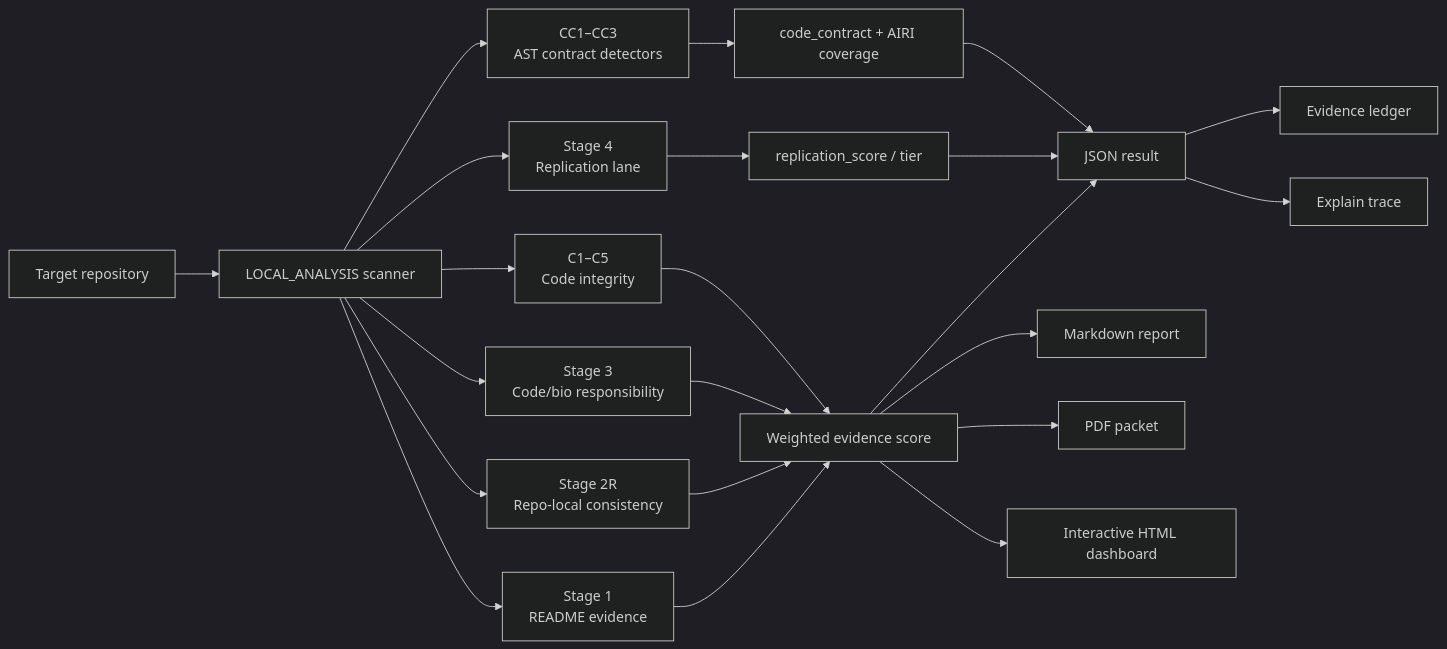
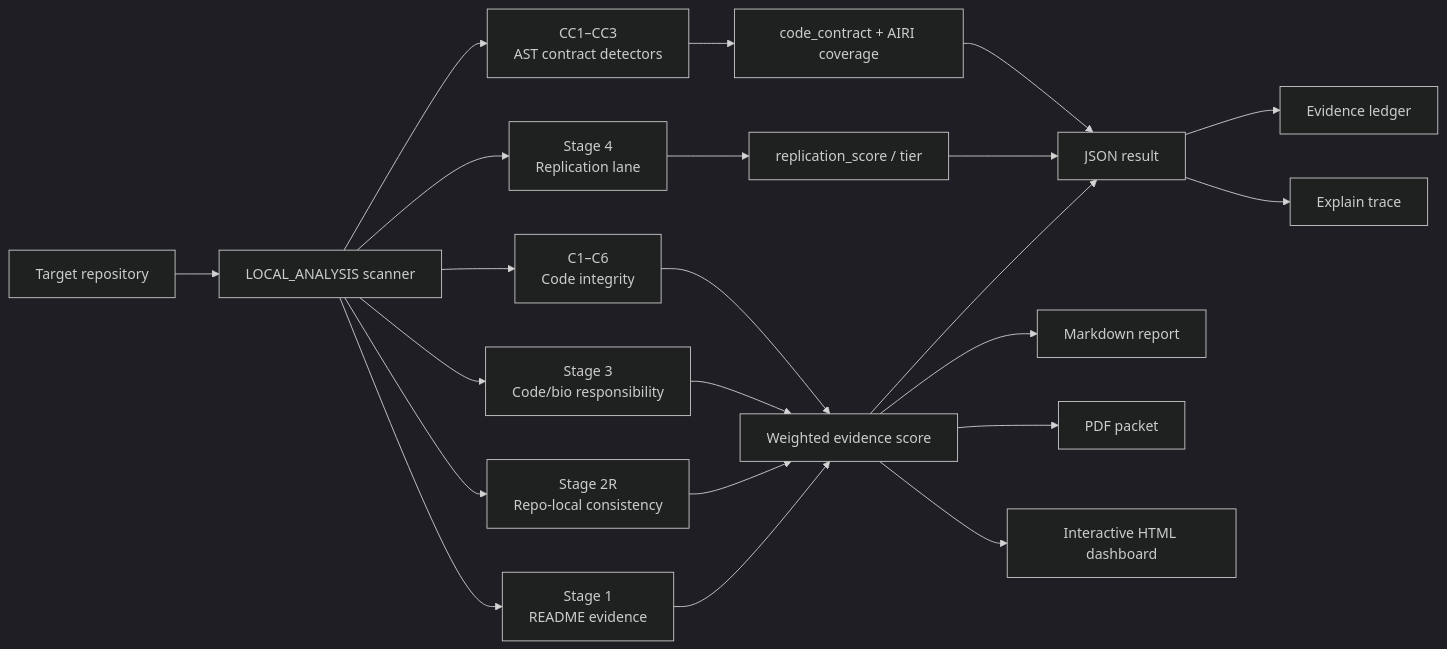
One commit to flamehaven01/STEM-BIO-AI changed the diagram in README.md. Above: the diagram before and after it, drawn with Mermaid (dark theme). The commit also changed other lines of this file and 11 other files, not shown here.

````diff
--- a/README.md
+++ b/README.md
@@ -135,24 +135,24 @@
 ```mermaid
 flowchart LR
     A[Target repository] --> B[LOCAL_ANALYSIS scanner]
     B --> C[Stage 1\nREADME evidence]
     B --> D[Stage 2R\nRepo-local consistency]
     B --> E[Stage 3\nCode/bio responsibility]
     B --> F[Stage 4\nReplication lane]
-    B --> K[C1–C5\nCode integrity]
+    B --> K[C1–C6\nCode integrity]
     B --> CC[CC1–CC3\nAST contract detectors]
     C --> G[Weighted evidence score]
     D --> G
     E --> G
     K --> G
     CC --> R[code_contract + AIRI coverage]
     F --> H[replication_score / tier]
     G --> I[JSON result]
     H --> I
     R --> I
     I --> L[Evidence ledger]
     I --> M[Explain trace]
     G --> N[Markdown report]
     G --> O[PDF packet]
     G --> P[Interactive HTML dashboard]
 ```
````
